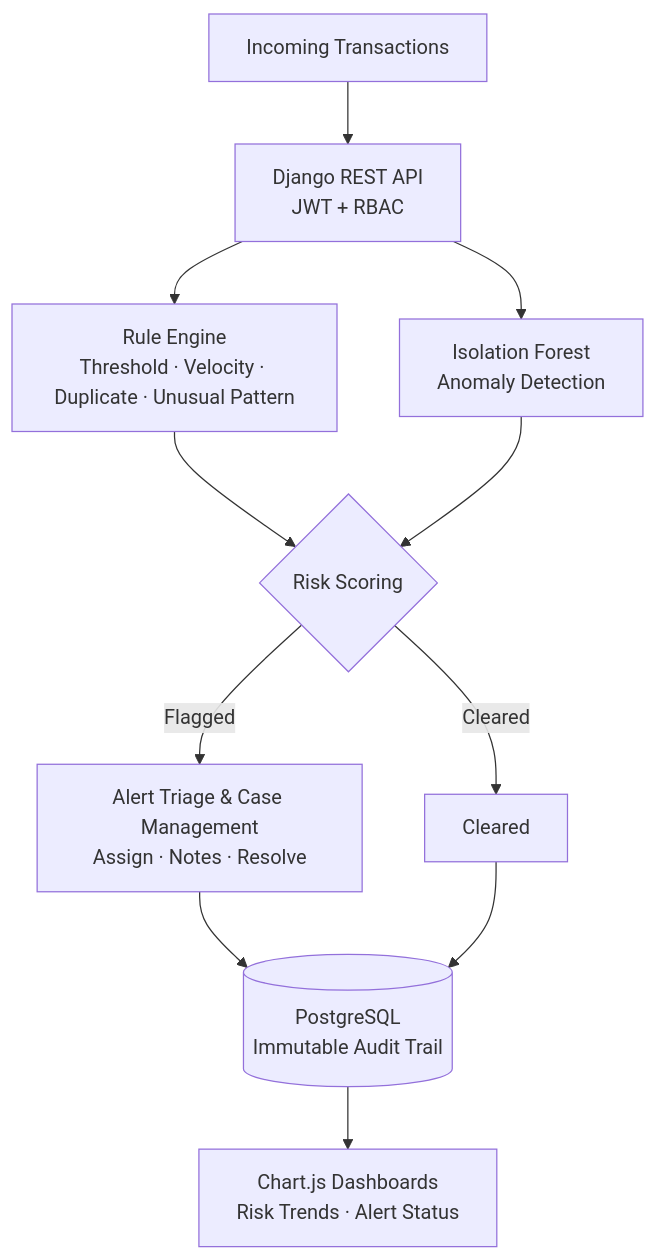
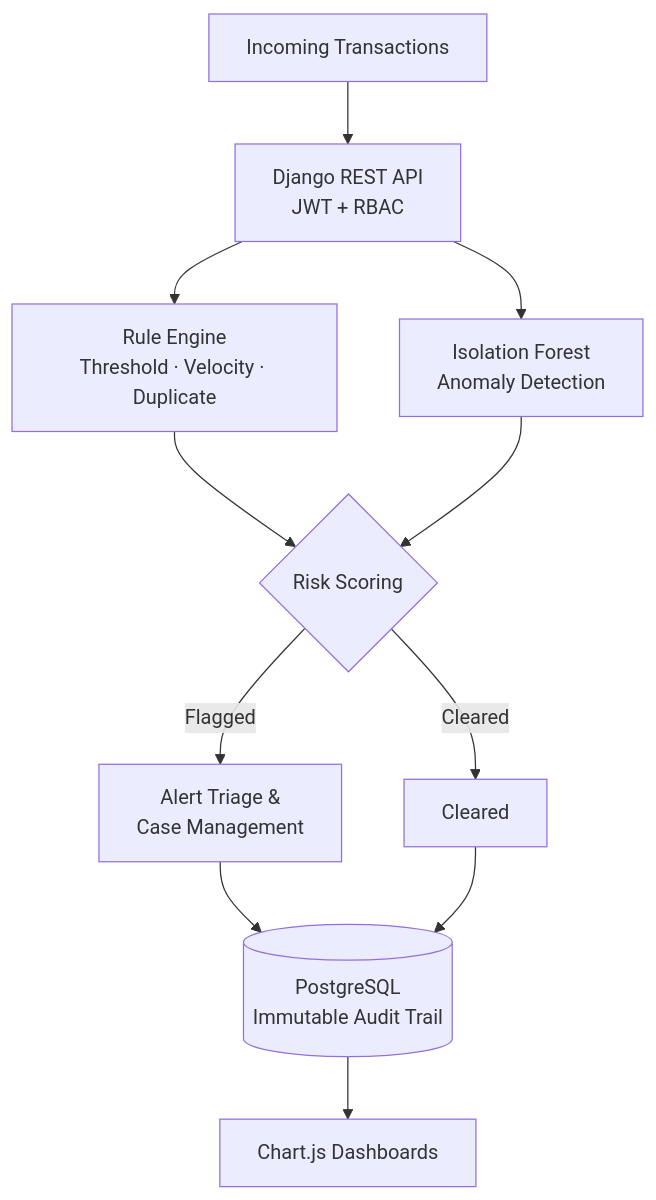
Before and after one commit to punniyam26-hash/punniyam26-hash: the first of 2 diagrams in README.md, drawn with Mermaid. The commit also changed other lines of this file, not shown here.

````diff
--- a/README.md
+++ b/README.md
@@ -91,13 +262,13 @@
-```mermaid
+        <div class="mermaid">
 flowchart TD
     A[Incoming Transactions] --> B[Django REST API<br/>JWT + RBAC]
-    B --> C[Rule Engine<br/>Threshold · Velocity · Duplicate · Unusual Pattern]
+    B --> C[Rule Engine<br/>Threshold · Velocity · Duplicate]
     B --> D[Isolation Forest<br/>Anomaly Detection]
     C --> E{Risk Scoring}
     D --> E
-    E -->|Flagged| F[Alert Triage & Case Management<br/>Assign · Notes · Resolve]
+    E -->|Flagged| F[Alert Triage &<br/>Case Management]
     E -->|Cleared| G[Cleared]
     F --> H[(PostgreSQL<br/>Immutable Audit Trail)]
     G --> H
-    H --> I[Chart.js Dashboards<br/>Risk Trends · Alert Status]
-```
+    H --> I[Chart.js Dashboards]
+        </div>
````
